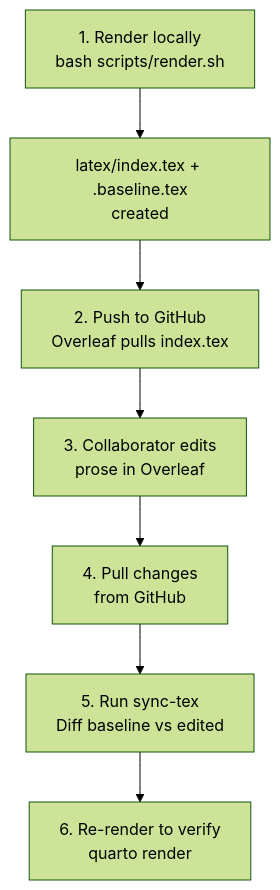
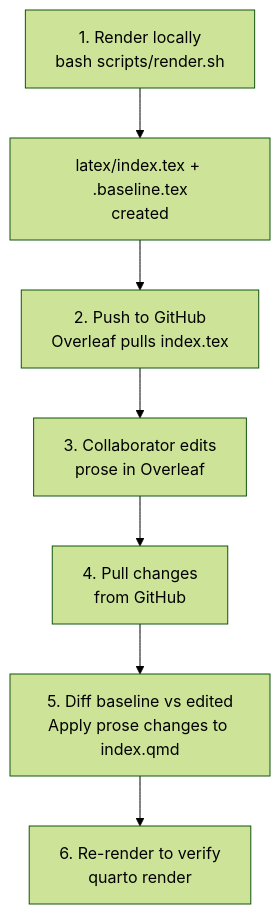
One commit to cmg777/claude4data changed the second of 2 diagrams in README.md. Above: the diagram before and after it, drawn with Mermaid (forest theme). The commit also changed other lines of this file and 23 other files, not shown here.

````diff
--- a/README.md
+++ b/README.md
@@ -326,9 +327,9 @@
 ```mermaid
 flowchart TD
     A["1. Render locally<br/>bash scripts/render.sh"] --> B["latex/index.tex + .baseline.tex<br/>created"]
     B --> C["2. Push to GitHub<br/>Overleaf pulls index.tex"]
     C --> D["3. Collaborator edits<br/>prose in Overleaf"]
     D --> E["4. Pull changes<br/>from GitHub"]
-    E --> F["5. Run sync-tex<br/>Diff baseline vs edited"]
+    E --> F["5. Diff baseline vs edited<br/>Apply prose changes to index.qmd"]
     F --> G["6. Re-render to verify<br/>quarto render"]
 ```
````
